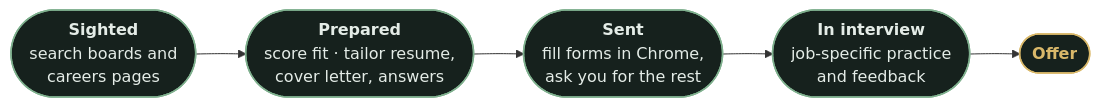
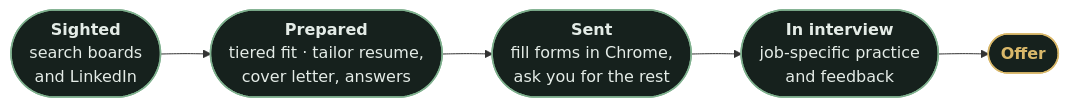
One commit to ethany14/Eregion-Agent changed the diagram in README.md. Above: the diagram before and after it, drawn with Mermaid. The commit also changed other lines of this file and 434 other files, not shown here.

````diff
--- a/README.md
+++ b/README.md
@@ -48,11 +76,11 @@
 ```mermaid
 flowchart LR
-    A(["<b>Sighted</b><br/>search boards and<br/>careers pages"]) --> B(["<b>Prepared</b><br/>score fit · tailor resume,<br/>cover letter, answers"])
+    A(["<b>Sighted</b><br/>search boards<br/>and LinkedIn"]) --> B(["<b>Prepared</b><br/>tiered fit · tailor resume,<br/>cover letter, answers"])
     B --> C(["<b>Sent</b><br/>fill forms in Chrome,<br/>ask you for the rest"])
     C --> D(["<b>In interview</b><br/>job-specific practice<br/>and feedback"])
     D --> E(["<b>Offer</b>"])
     classDef st fill:#16211d,stroke:#7fb08e,color:#e4ece7,stroke-width:1.5px;
     classDef gold fill:#16211d,stroke:#d9b86a,color:#d9b86a,stroke-width:1.5px;
     class A,B,C,D st;
     class E gold;
 ```
````
